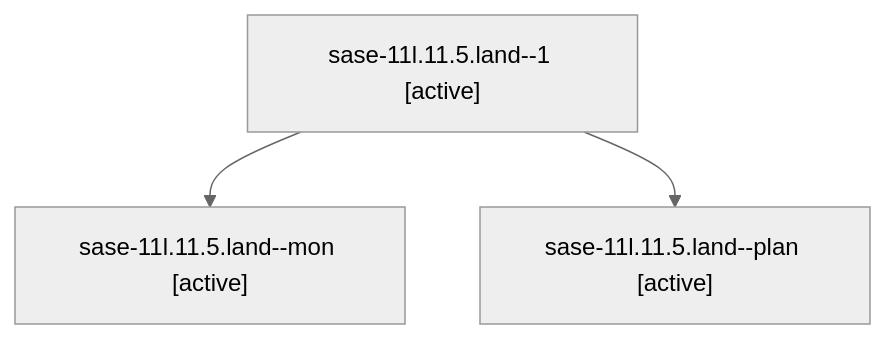
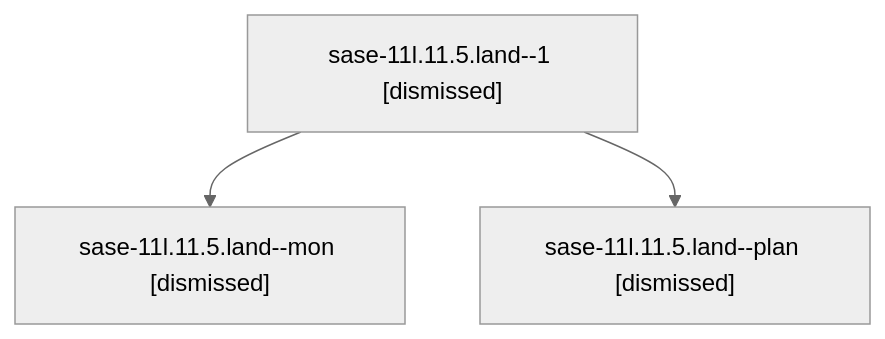
The diagram in sessions/bbugyi200.athena.sase-11l.11.5.land.md (sase-org/sase--agents), drawn with Mermaid (neutral theme) before and after one commit. The commit also changed other lines of this file and 204 other files, not shown here.

````diff
--- a/sessions/bbugyi200.athena.sase-11l.11.5.land.md
+++ b/sessions/bbugyi200.athena.sase-11l.11.5.land.md
@@ -9,8 +9,8 @@
 ```mermaid
 flowchart TD
-  n0["sase-11l.11.5.land--1 [active]"]
-  n1["sase-11l.11.5.land--mon [active]"]
+  n0["sase-11l.11.5.land--1 [dismissed]"]
+  n1["sase-11l.11.5.land--mon [dismissed]"]
   n0 --> n1
-  n2["sase-11l.11.5.land--plan [active]"]
+  n2["sase-11l.11.5.land--plan [dismissed]"]
   n0 --> n2
 ```
````
